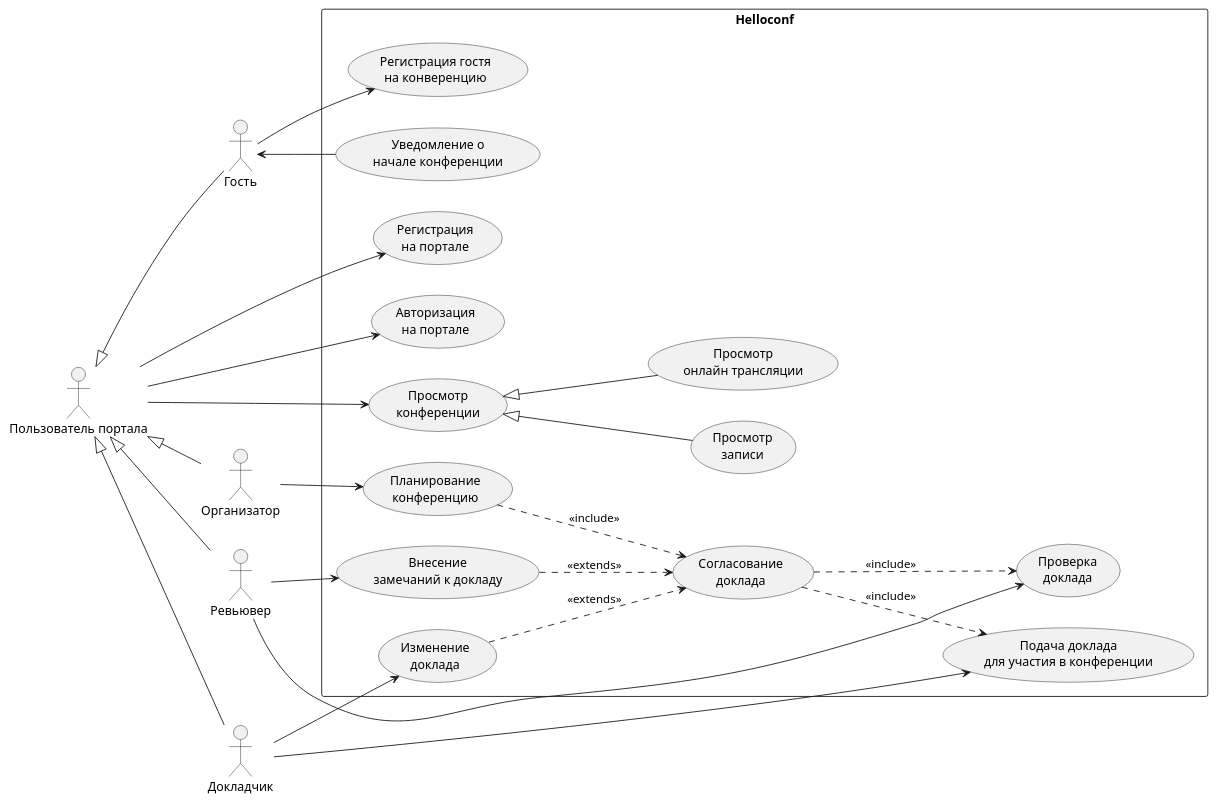
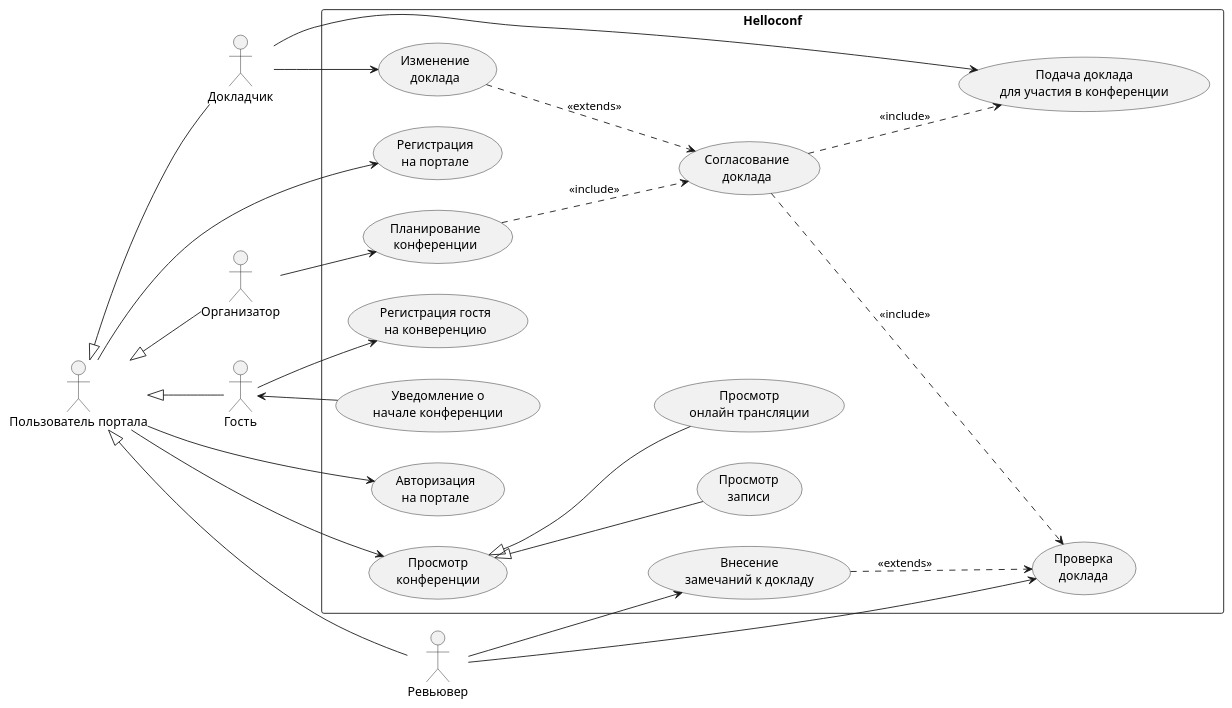
The diagram in docs/README.md (kinoman84/MtsArchSchool), drawn with PlantUML before and after one commit. The commit also changed other lines of this file, not shown here.

````diff
--- a/docs/README.md
+++ b/docs/README.md
@@ -80,50 +80,50 @@
 ```plantuml
 @startuml
 left to right direction
 actor "Пользователь портала" as user
 actor "Организатор" as organizer
 actor "Докладчик" as speaker
 actor "Ревьювер" as reviewer
 actor "Гость" as guest
 
 user <|-- organizer
 user <|-- speaker
 user <|-- reviewer
 user <|-- guest
 
 
 rectangle Helloconf {
   usecase "Регистрация\nна портале" as UC1
   usecase "Авторизация\nна портале" as UC2
-  usecase "Планирование\nконференцию" as UC3
+  usecase "Планирование\nконференции" as UC3
   usecase "Подача доклада\nдля участия в конференции" as UC4
   usecase "Регистрация гостя\nна конверенцию" as UC5
   usecase "Проверка\nдоклада" as UC7
   usecase "Уведомление о\nначале конференции" as UC8
   usecase "Просмотр\nконференции" as UC9
   usecase "Просмотр\nонлайн трансляции" as UC9.1
   usecase "Просмотр\nзаписи" as UC9.2
   usecase "Изменение\nдоклада" as UC11
   usecase "Согласование\nдоклада" as UC12
   usecase "Внесение\nзамечаний к докладу" as UC13
 }
 user --> UC1
 user --> UC2
 organizer --> UC3
 UC3 ..> UC12: <<include>>
 speaker --> UC4
 UC12 ..> UC4: <<include>>
 UC12 ..> UC7: <<include>>
 reviewer --> UC7
 guest <-- UC8
 user --> UC9
 UC9 <|-- UC9.1
 UC9 <|-- UC9.2
 guest --> UC5
 speaker --> UC11
 UC11 ..> UC12 : <<extends>>
-UC13 ..> UC12 : <<extends>>
+UC13 ..> UC7 : <<extends>>
 reviewer --> UC13
 
 @enduml
 ```
````
